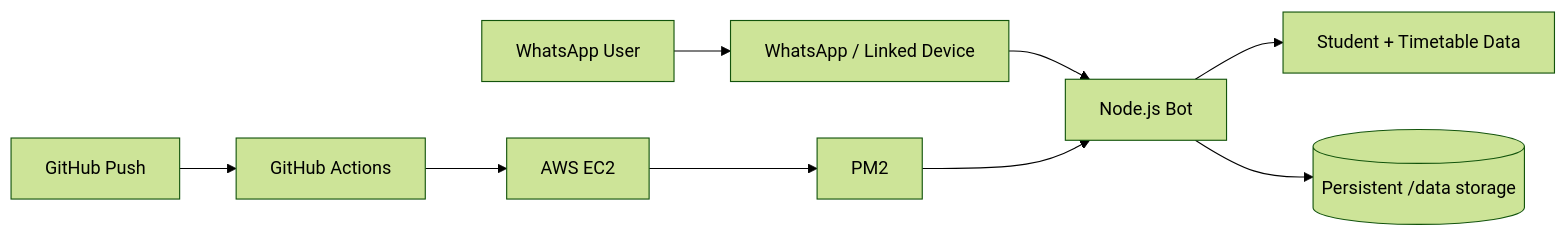
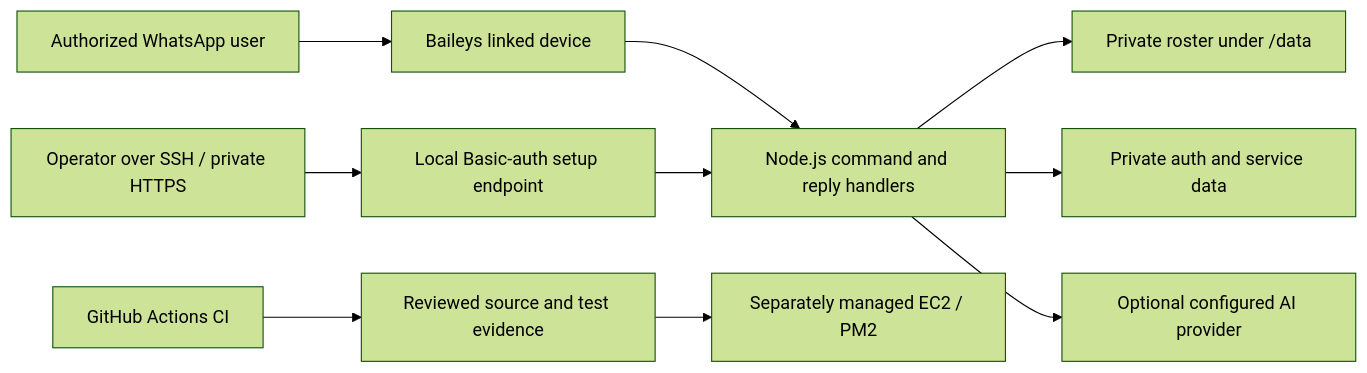
Before and after one commit to teldigi5-wq/WHATSAPPbotAWS: the diagram in README.md, drawn with Mermaid (forest theme). The commit also changed other lines of this file and 2 other files, not shown here.

First line of the commit message:
docs: accurate AWS bot README, contribution evidence and private-roster notes (#4)

````diff
--- a/README.md
+++ b/README.md
@@ -29,11 +32,12 @@
-```mermaid
+~~~mermaid
 flowchart LR
-    U[WhatsApp User] --> W[WhatsApp / Linked Device]
-    W --> B[Node.js Bot]
-    B --> S[Student + Timetable Data]
-    B --> D[(Persistent /data storage)]
-    P[PM2] --> B
-    G[GitHub Push] --> A[GitHub Actions]
-    A --> E[AWS EC2]
-    E --> P
-```
+    Student[Authorized WhatsApp user] --> WA[Baileys linked device]
+    WA --> Bot[Node.js command and reply handlers]
+    Bot --> Roster[Private roster under /data]
+    Bot --> State[Private auth and service data]
+    Bot --> AI[Optional configured AI provider]
+    Admin[Operator over SSH / private HTTPS] --> Guard[Local Basic-auth setup endpoint]
+    Guard --> Bot
+    CI[GitHub Actions CI] --> Review[Reviewed source and test evidence]
+    Review --> Host[Separately managed EC2 / PM2]
+~~~
````
